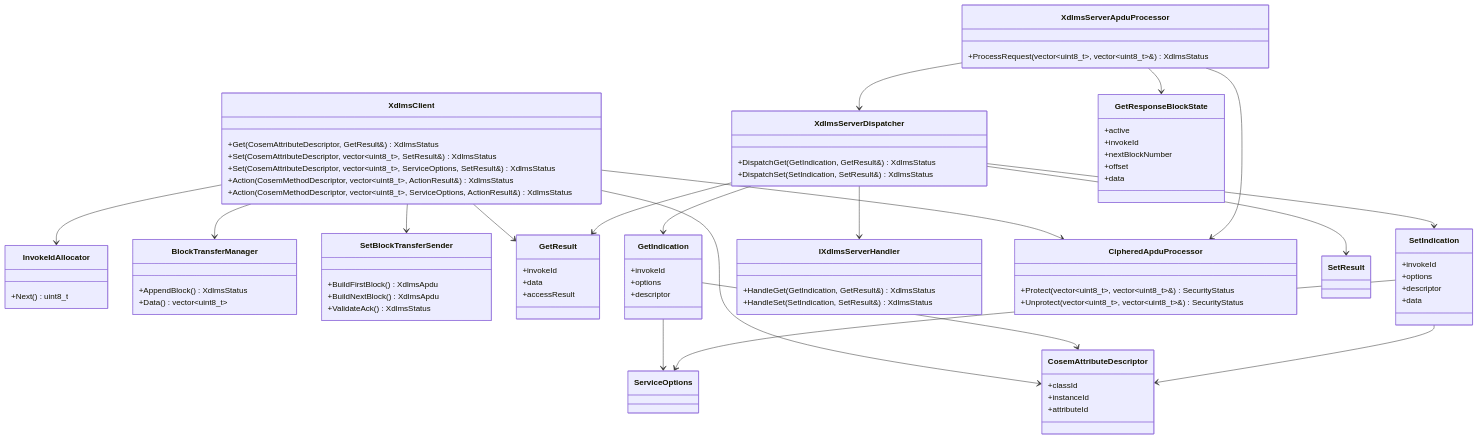
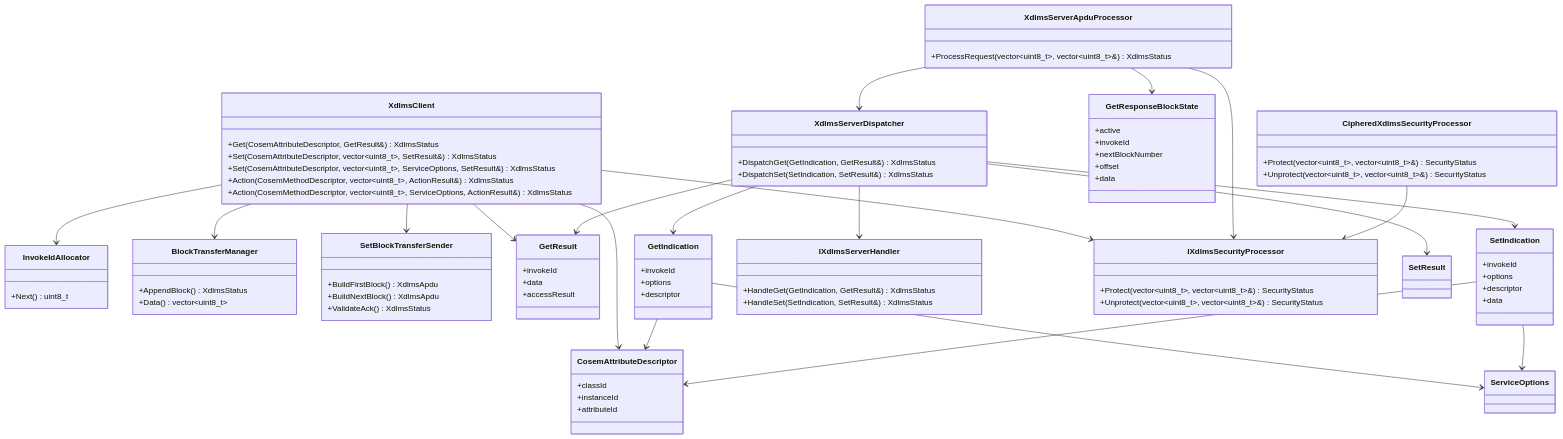
Before and after one commit to gvtret/dlms-xdlms: the diagram in docs/01_xdlms_api.md, drawn with Mermaid. The commit also changed other lines of this file and 10 other files, not shown here.

First line of the commit message:
feat(xdlms): add abstract security processor port

````diff
--- a/docs/01_xdlms_api.md
+++ b/docs/01_xdlms_api.md
@@ -353,7 +366,12 @@
     +data
   }
 
-  class CipheredApduProcessor {
+  class IXdlmsSecurityProcessor {
+    +Protect(vector~uint8_t~, vector~uint8_t~&) SecurityStatus
+    +Unprotect(vector~uint8_t~, vector~uint8_t~&) SecurityStatus
+  }
+
+  class CipheredXdlmsSecurityProcessor {
     +Protect(vector~uint8_t~, vector~uint8_t~&) SecurityStatus
     +Unprotect(vector~uint8_t~, vector~uint8_t~&) SecurityStatus
   }
@@ -374,6 +392,7 @@
   XdlmsServerDispatcher --> SetResult
   XdlmsServerApduProcessor --> XdlmsServerDispatcher
   XdlmsServerApduProcessor --> GetResponseBlockState
-  XdlmsClient --> CipheredApduProcessor
-  XdlmsServerApduProcessor --> CipheredApduProcessor
+  XdlmsClient --> IXdlmsSecurityProcessor
+  XdlmsServerApduProcessor --> IXdlmsSecurityProcessor
+  CipheredXdlmsSecurityProcessor --> IXdlmsSecurityProcessor
 ```
````
